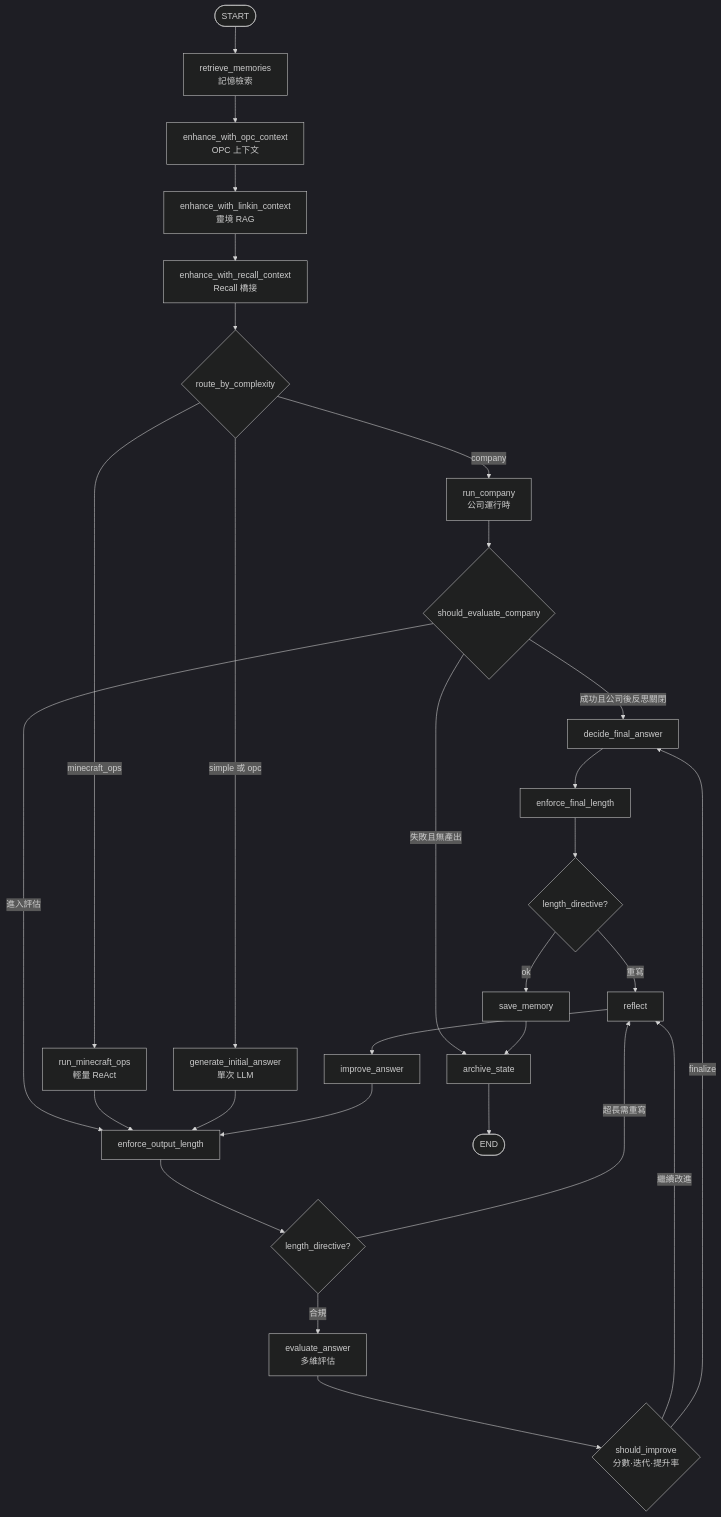
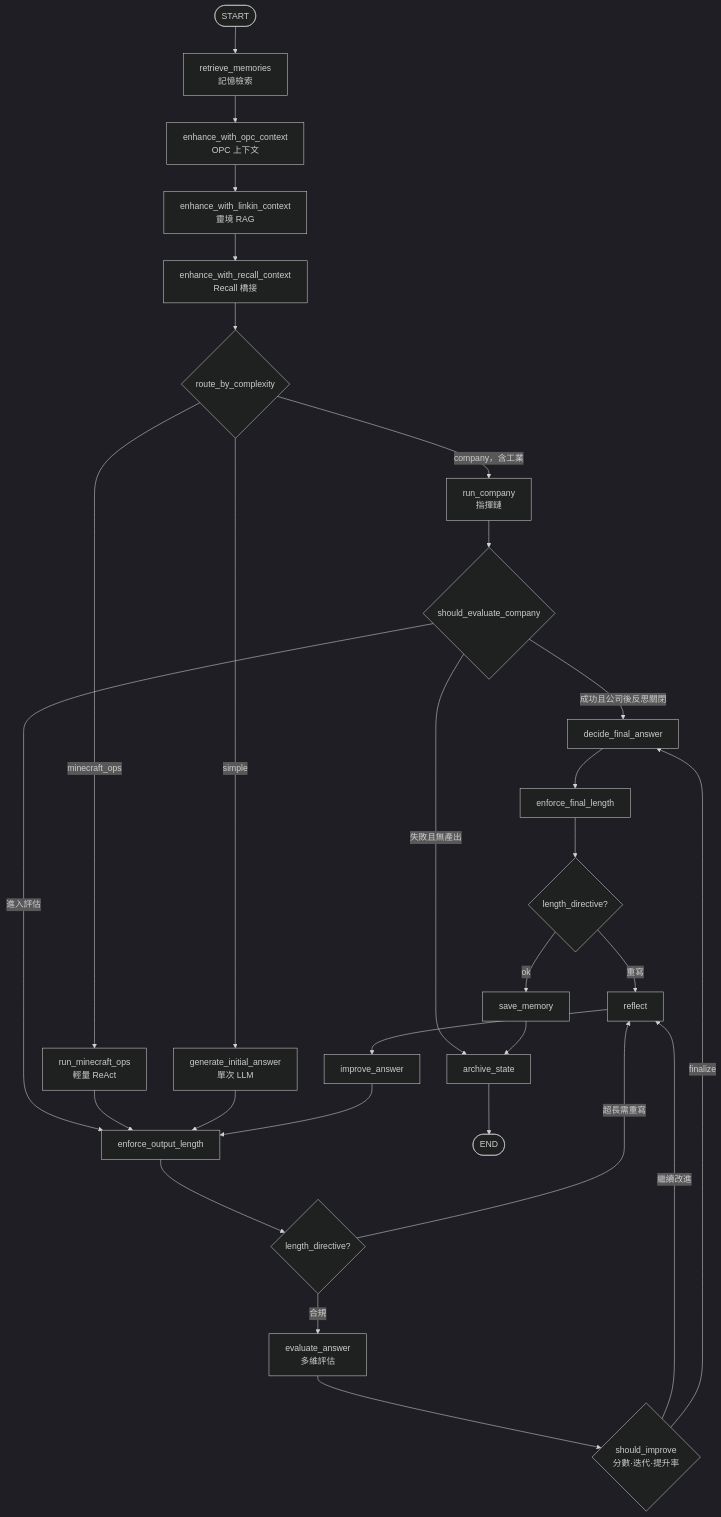
The fourth of 10 diagrams in docs/architecture/system-architecture-2026-09.md (iiooiioo888/Linkin), drawn with Mermaid (dark theme) before and after one commit. The commit also changed other lines of this file and 27 other files, not shown here.

````diff
--- a/docs/architecture/system-architecture-2026-09.md
+++ b/docs/architecture/system-architecture-2026-09.md
@@ -155,38 +155,38 @@
 ```mermaid
 flowchart TD
     START([START]) --> RM[retrieve_memories<br/>記憶檢索]
     RM --> OPC_CTX[enhance_with_opc_context<br/>OPC 上下文]
     OPC_CTX --> LINKIN_CTX[enhance_with_linkin_context<br/>靈境 RAG]
     LINKIN_CTX --> RECALL[enhance_with_recall_context<br/>Recall 橋接]
     RECALL --> ROUTE{route_by_complexity}
 
-    ROUTE -->|company| RC[run_company<br/>公司運行時]
+    ROUTE -->|company，含工業| RC[run_company<br/>指揮鏈]
     ROUTE -->|minecraft_ops| MC[run_minecraft_ops<br/>輕量 ReAct]
-    ROUTE -->|simple 或 opc| GEN[generate_initial_answer<br/>單次 LLM]
+    ROUTE -->|simple| GEN[generate_initial_answer<br/>單次 LLM]
 
     RC --> SEC{should_evaluate_company}
     SEC -->|成功且公司後反思關閉| DEC
     SEC -->|進入評估| EOL[enforce_output_length]
     SEC -->|失敗且無產出| ARCH
 
     MC --> EOL
     GEN --> EOL
 
     EOL --> LEN{length_directive?}
     LEN -->|超長需重寫| REFL
     LEN -->|合規| EVAL[evaluate_answer<br/>多維評估]
 
     EVAL --> IMP{should_improve<br/>分數·迭代·提升率}
     IMP -->|繼續改進| REFL[reflect]
     IMP -->|finalize| DEC[decide_final_answer]
 
     REFL --> IMPR[improve_answer]
     IMPR --> EOL
 
     DEC --> EFL[enforce_final_length]
     EFL --> LEN2{length_directive?}
     LEN2 -->|重寫| REFL
     LEN2 -->|ok| SAVE[save_memory]
     SAVE --> ARCH[archive_state]
     ARCH --> END([END])
 ```
````
